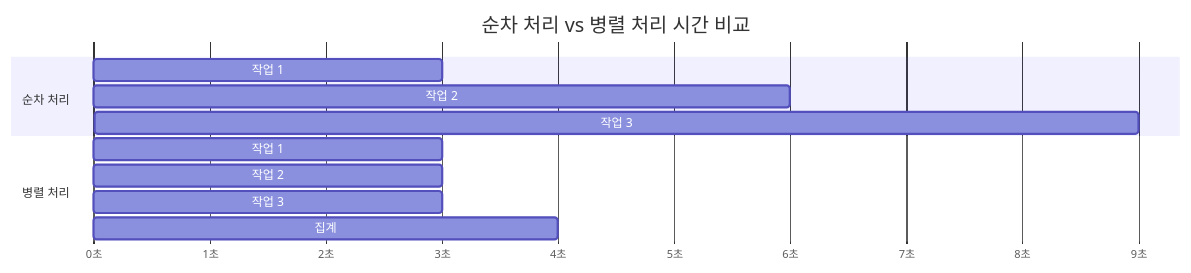
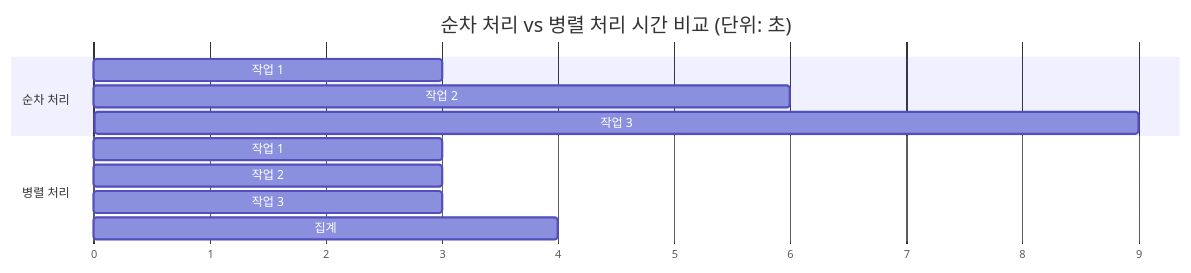
The fourth of 4 diagrams in docs/effective-agents/03-parallelization.md (kimchanhyung98/agentic-workflows), drawn with Mermaid before and after one commit. The commit also changed other lines of this file and 8 other files, not shown here.

````diff
--- a/docs/effective-agents/03-parallelization.md
+++ b/docs/effective-agents/03-parallelization.md
@@ -93,17 +95,17 @@
 ```mermaid
 gantt
-    title 순차 처리 vs 병렬 처리 시간 비교
+    title 순차 처리 vs 병렬 처리 시간 비교 (단위: 초)
     dateFormat X
-    axisFormat %s초
+    axisFormat %s
 
     section 순차 처리
     작업 1           : 0, 3
     작업 2           : 3, 6
     작업 3           : 6, 9
 
     section 병렬 처리
     작업 1           : 0, 3
     작업 2           : 0, 3
     작업 3           : 0, 3
     집계             : 3, 4
 ```
````
